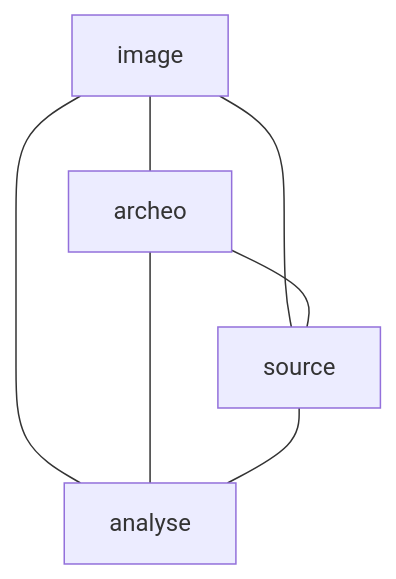
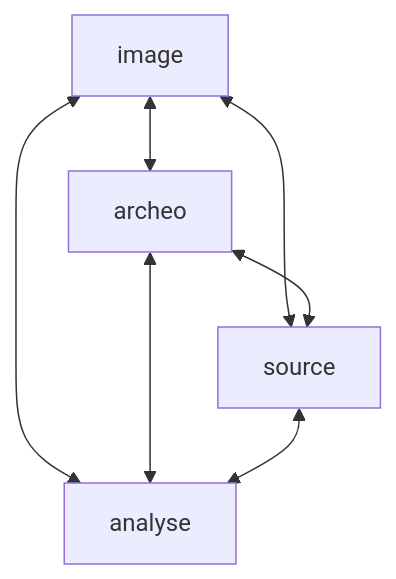
Before and after one commit to iramat/iramat-dev: the diagram in projects/occ/README.md, drawn with Mermaid.

````diff
--- a/projects/occ/README.md
+++ b/projects/occ/README.md
@@ -5,11 +5,11 @@
 ```mermaid
 
 graph TD;
-    image --- archeo;
-    image --- source;
-    image --- analyse;
-    archeo --- source;
-    archeo --- analyse;
-    source --- analyse;
+    image <--> archeo;
+    image <--> source;
+    image <--> analyse;
+    archeo <--> source;
+    archeo <--> analyse;
+    source <--> analyse;
 
 ```
````
